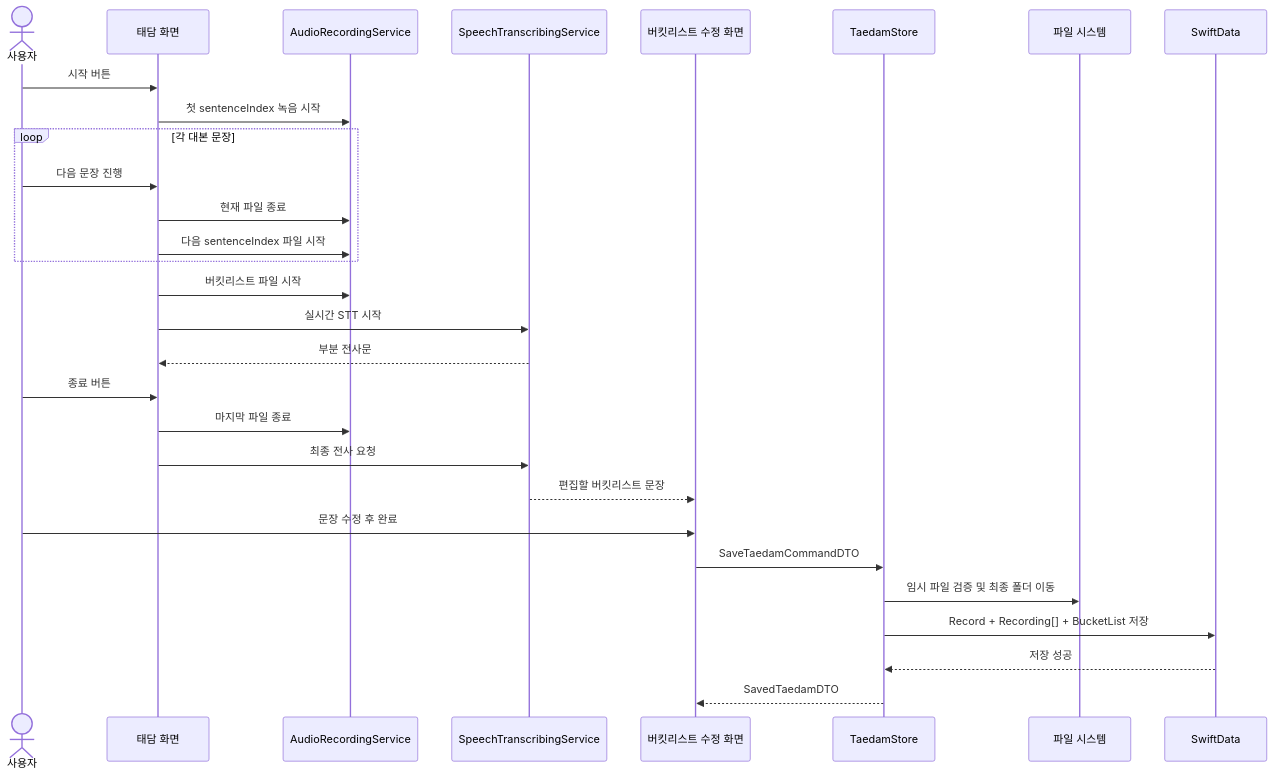
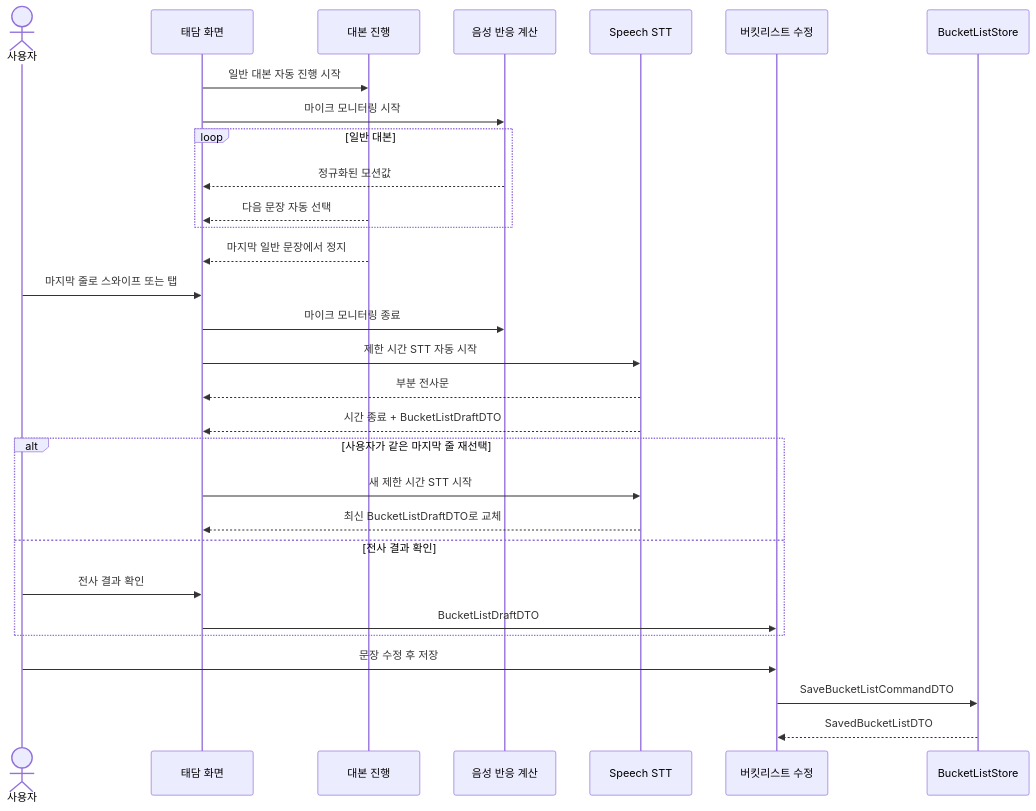
Before and after one commit to DeveloperAcademy-POSTECH/2026-C4-M15-siboya: the third of 3 diagrams in docs/design/taedam-data-contracts.md, drawn with Mermaid. The commit also changed other lines of this file and 1 other file, not shown here.

Commit message:
docs: revise taedam data contract

````diff
--- a/docs/design/taedam-data-contracts.md
+++ b/docs/design/taedam-data-contracts.md
@@ -613,34 +461,35 @@
 ```mermaid
 sequenceDiagram
     actor User as 사용자
-    participant Session as 태담 화면
-    participant Audio as AudioRecordingService
-    participant Speech as SpeechTranscribingService
-    participant Review as 버킷리스트 수정 화면
-    participant Store as TaedamStore
-    participant File as 파일 시스템
-    participant DB as SwiftData
+    participant Screen as 태담 화면
+    participant Progress as 대본 진행
+    participant Motion as 음성 반응 계산
+    participant Speech as Speech STT
+    participant Edit as 버킷리스트 수정
+    participant Store as BucketListStore
 
-    User->>Session: 시작 버튼
-    Session->>Audio: 첫 sentenceIndex 녹음 시작
+    Screen->>Progress: 일반 대본 자동 진행 시작
+    Screen->>Motion: 마이크 모니터링 시작
 
-    loop 각 대본 문장
-        User->>Session: 다음 문장 진행
-        Session->>Audio: 현재 파일 종료
-        Session->>Audio: 다음 sentenceIndex 파일 시작
+    loop 일반 대본
+        Motion-->>Screen: 정규화된 모션값
+        Progress-->>Screen: 다음 문장 자동 선택
     end
 
-    Session->>Audio: 버킷리스트 파일 시작
-    Session->>Speech: 실시간 STT 시작
-    Speech-->>Session: 부분 전사문
-    User->>Session: 종료 버튼
-    Session->>Audio: 마지막 파일 종료
-    Session->>Speech: 최종 전사 요청
-    Speech-->>Review: 편집할 버킷리스트 문장
-    User->>Review: 문장 수정 후 완료
-    Review->>Store: SaveTaedamCommandDTO
-    Store->>File: 임시 파일 검증 및 최종 폴더 이동
-    Store->>DB: Record + Recording[] + BucketList 저장
-    DB-->>Store: 저장 성공
-    Store-->>Review: SavedTaedamDTO
+    Progress-->>Screen: 마지막 일반 문장에서 정지
+    User->>Screen: 마지막 줄로 스와이프 또는 탭
+    Screen->>Motion: 마이크 모니터링 종료
+    Screen->>Speech: 제한 시간 STT 자동 시작
+    Speech-->>Screen: 부분 전사문
+    Speech-->>Screen: 시간 종료 + BucketListDraftDTO
+    alt 사용자가 같은 마지막 줄 재선택
+        Screen->>Speech: 새 제한 시간 STT 시작
+        Speech-->>Screen: 최신 BucketListDraftDTO로 교체
+    else 전사 결과 확인
+        User->>Screen: 전사 결과 확인
+        Screen->>Edit: BucketListDraftDTO
+    end
+    User->>Edit: 문장 수정 후 저장
+    Edit->>Store: SaveBucketListCommandDTO
+    Store-->>Edit: SavedBucketListDTO
 ```
````
